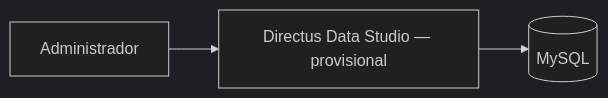
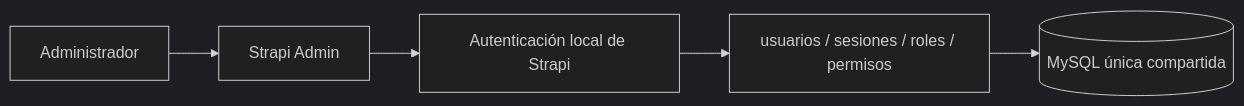
One commit to cromaticacreativa/project-cromaticacreativa-web changed the second of 9 diagrams in docs/ARCHITECTURE.md. Above: the diagram before and after it, drawn with Mermaid (dark theme). The commit also changed other lines of this file and 90 other files, not shown here.

````diff
--- a/docs/ARCHITECTURE.md
+++ b/docs/ARCHITECTURE.md
@@ -86,5 +89,7 @@
 ```mermaid
 flowchart LR
-    administrador["Administrador"] --> directus["Directus Data Studio — provisional"]
-    directus --> mysql[("MySQL")]
+    administrador["Administrador"] --> studio["Strapi Admin"]
+    studio --> auth["Autenticación local de Strapi"]
+    auth --> internals["usuarios / sesiones / roles / permisos"]
+    internals --> mysql[("MySQL única compartida")]
 ```
````
